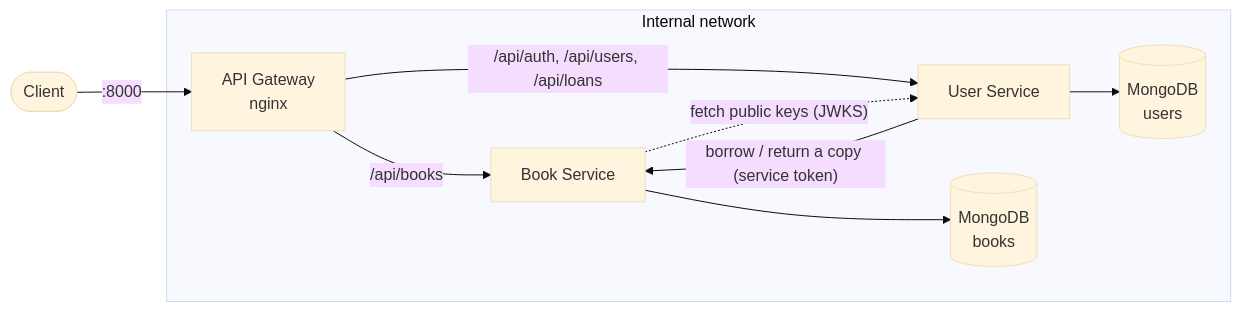
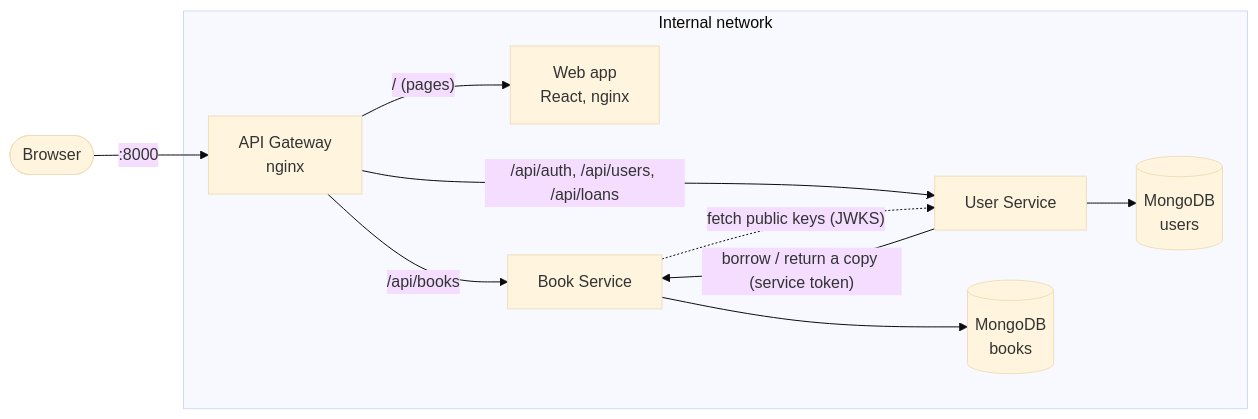
Before and after one commit to JuliaLavagnini/library-platform: the diagram in README.md, drawn with Mermaid (base theme). The commit also changed other lines of this file, not shown here.

Commit message:
docs: document the web app

````diff
--- a/README.md
+++ b/README.md
@@ -42,12 +43,13 @@
 ```mermaid
 flowchart LR
-    client([Client]) -->|":8000"| gateway[API Gateway<br/>nginx]
+    client([Browser]) -->|":8000"| gateway[API Gateway<br/>nginx]
     subgraph internal["Internal network"]
+        gateway -->|"/ (pages)"| web[Web app<br/>React, nginx]
         gateway -->|/api/books| book[Book Service]
         gateway -->|"/api/auth, /api/users, /api/loans"| user[User Service]
         user -->|"borrow / return a copy (service token)"| book
         book -.->|"fetch public keys (JWKS)"| user
         book --> booksdb[(MongoDB<br/>books)]
         user --> usersdb[(MongoDB<br/>users)]
     end
 ```
````
